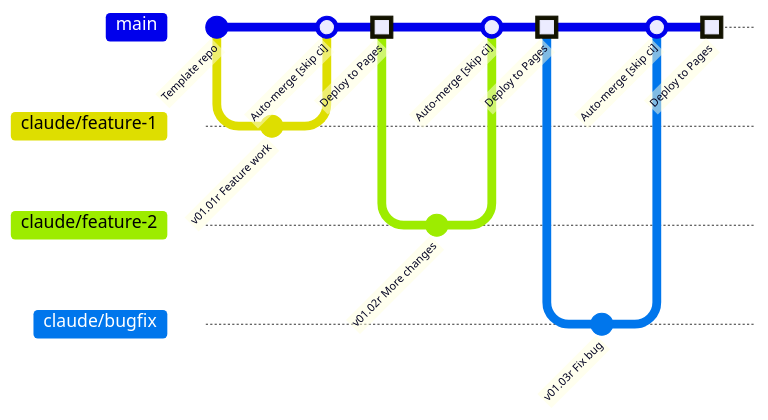
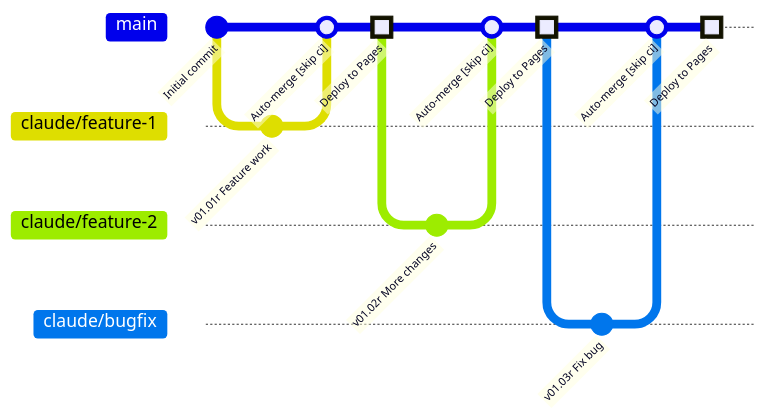
The fourth of 7 diagrams in repository-information/REPO-ARCHITECTURE.md (ShadowAISolutions/saistemplateprojectrepo), drawn with Mermaid before and after one commit. The commit also changed other lines of this file and 3 other files, not shown here.

First line of the commit message:
v02.06r Replace template-identity labels in diagrams with generic labels

````diff
--- a/repository-information/REPO-ARCHITECTURE.md
+++ b/repository-information/REPO-ARCHITECTURE.md
@@ -320,22 +320,22 @@
 ```mermaid
 gitGraph
-    commit id: "Template repo"
+    commit id: "Initial commit"
     branch claude/feature-1
     checkout claude/feature-1
     commit id: "v01.01r Feature work"
     checkout main
     merge claude/feature-1 id: "Auto-merge [skip ci]"
     commit id: "Deploy to Pages" type: HIGHLIGHT
     branch claude/feature-2
     checkout claude/feature-2
     commit id: "v01.02r More changes"
     checkout main
     merge claude/feature-2 id: "Auto-merge [skip ci] "
     commit id: "Deploy to Pages " type: HIGHLIGHT
     branch claude/bugfix
     checkout claude/bugfix
     commit id: "v01.03r Fix bug"
     checkout main
     merge claude/bugfix id: "Auto-merge [skip ci]  "
     commit id: "Deploy to Pages  " type: HIGHLIGHT
 ```
````
